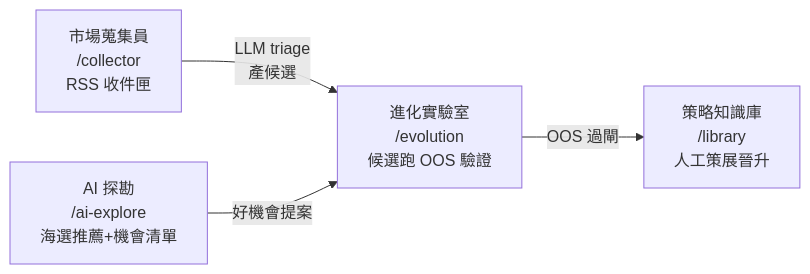
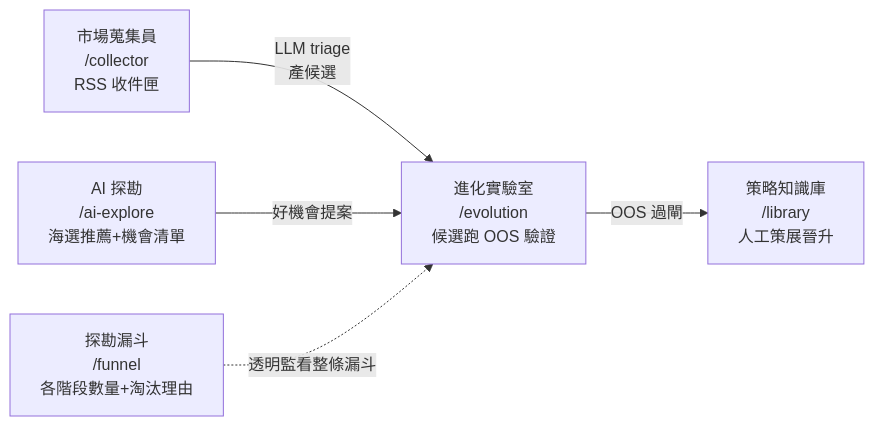
One commit to AlexChang1999/Albee_Stock changed the second of 6 diagrams in docs/reference/frontend-pages-map.md. Above: the diagram before and after it, drawn with Mermaid. The commit also changed other lines of this file and 11 other files, not shown here.

````diff
--- a/docs/reference/frontend-pages-map.md
+++ b/docs/reference/frontend-pages-map.md
@@ -29,11 +29,14 @@
 ```mermaid
 flowchart LR
     collector["市場蒐集員<br/>/collector<br/>RSS 收件匣"]
     aiexplore["AI 探勘<br/>/ai-explore<br/>海選推薦+機會清單"]
     evolution["進化實驗室<br/>/evolution<br/>候選跑 OOS 驗證"]
     library["策略知識庫<br/>/library<br/>人工策展晉升"]
 
+    funnel["探勘漏斗<br/>/funnel<br/>各階段數量+淘汰理由"]
+
     collector -->|"LLM triage<br/>產候選"| evolution
     aiexplore -->|"好機會提案"| evolution
     evolution -->|"OOS 過閘"| library
+    funnel -.->|"透明監看整條漏斗"| evolution
 ```
````
